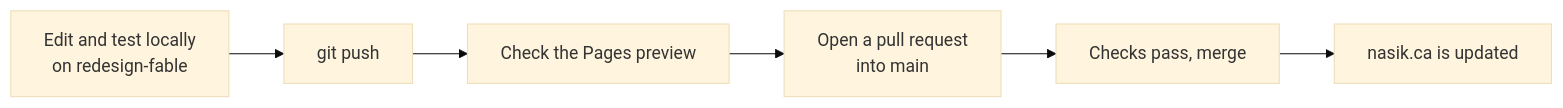
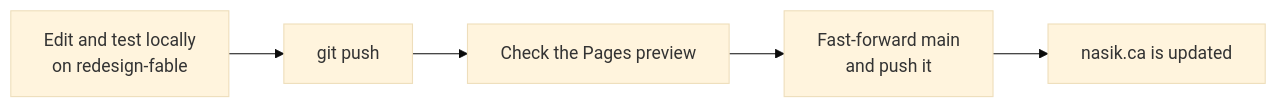
One commit to nasiksami/Portfolio changed the third of 3 diagrams in README.md. Above: the diagram before and after it, drawn with Mermaid (base theme). The commit also changed other lines of this file and 3 other files, not shown here.

````diff
--- a/README.md
+++ b/README.md
@@ -160,11 +144,10 @@
 ```mermaid
 flowchart LR
     edit["Edit and test locally<br/>on redesign-fable"]
     push1["git push"]
     check["Check the Pages preview"]
-    pr["Open a pull request<br/>into main"]
-    merge["Checks pass, merge"]
+    promote["Fast-forward main<br/>and push it"]
     livesite["nasik.ca is updated"]
 
-    edit --> push1 --> check --> pr --> merge --> livesite
+    edit --> push1 --> check --> promote --> livesite
 ```
````
